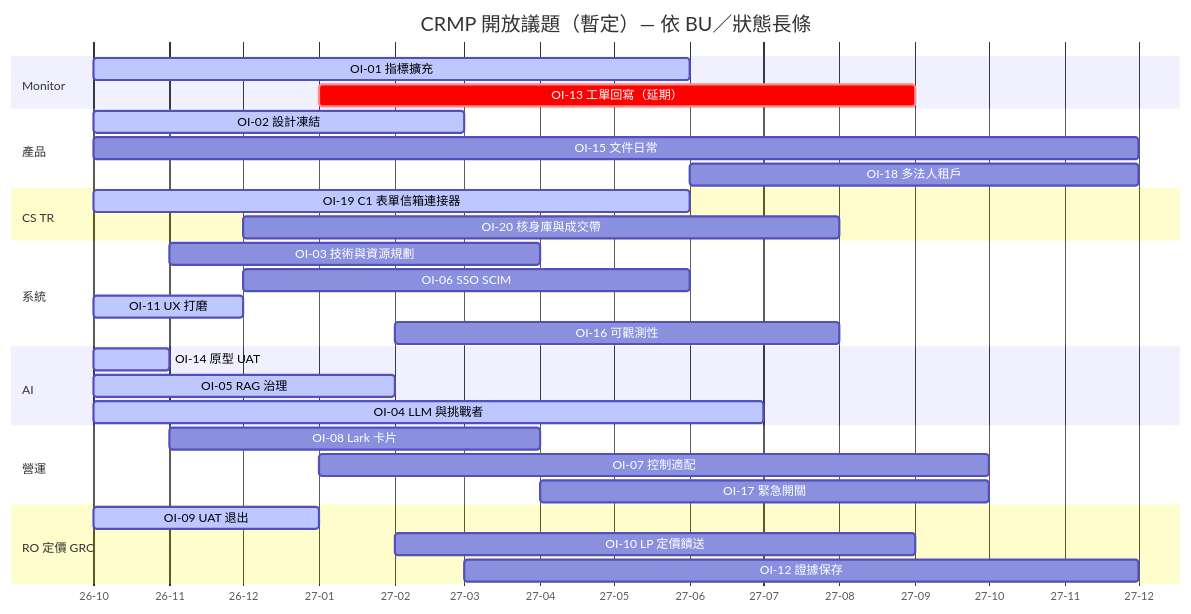
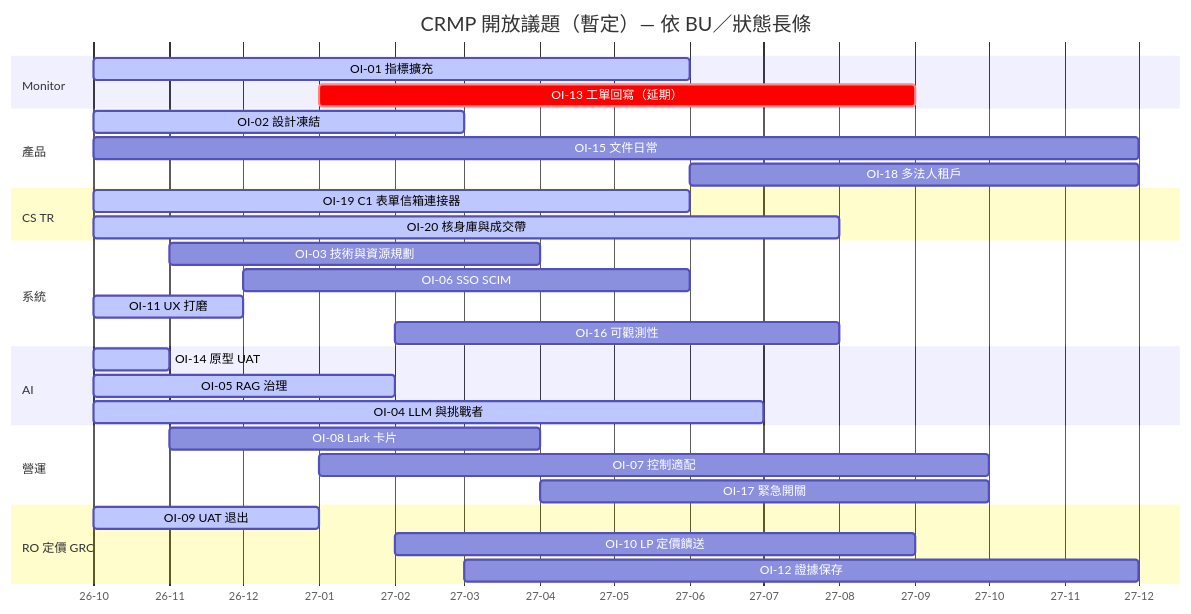
The diagram in platform/docs/PROGRESS.zh-Hant.md (hxyan2020/PRD), drawn with Mermaid before and after one commit. The commit also changed other lines of this file and 16 other files, not shown here.

````diff
--- a/platform/docs/PROGRESS.zh-Hant.md
+++ b/platform/docs/PROGRESS.zh-Hant.md
@@ -43,33 +43,33 @@
 ```mermaid
 gantt
   title CRMP 開放議題（暫定）— 依 BU／狀態長條
   dateFormat YYYY-MM
   axisFormat %y-%m
   section Monitor
   OI-01 指標擴充           :active, 2026-10, 2027-06
   OI-13 工單回寫（延期）   :crit, 2027-01, 2027-09
   section 產品
   OI-02 設計凍結           :active, 2026-10, 2027-03
   OI-15 文件日常           :2026-10, 2027-12
   OI-18 多法人租戶         :2027-06, 2027-12
   section CS TR
   OI-19 C1 表單信箱連接器  :active, 2026-10, 2027-06
-  OI-20 核身庫與成交帶     :2026-12, 2027-08
+  OI-20 核身庫與成交帶     :active, 2026-10, 2027-08
   section 系統
   OI-03 技術與資源規劃     :2026-11, 2027-04
   OI-06 SSO SCIM           :2026-12, 2027-06
   OI-11 UX 打磨            :active, 2026-10, 2026-12
   OI-16 可觀測性           :2027-02, 2027-08
   section AI
   OI-14 原型 UAT           :active, 2026-10, 2026-11
   OI-05 RAG 治理           :active, 2026-10, 2027-02
   OI-04 LLM 與挑戰者       :active, 2026-10, 2027-07
   section 營運
   OI-08 Lark 卡片          :2026-11, 2027-04
   OI-07 控制適配           :2027-01, 2027-10
   OI-17 緊急開關           :2027-04, 2027-10
   section RO 定價 GRC
   OI-09 UAT 退出           :active, 2026-10, 2027-01
   OI-10 LP 定價饋送        :2027-02, 2027-09
   OI-12 證據保存           :2027-03, 2027-12
 ```
````
